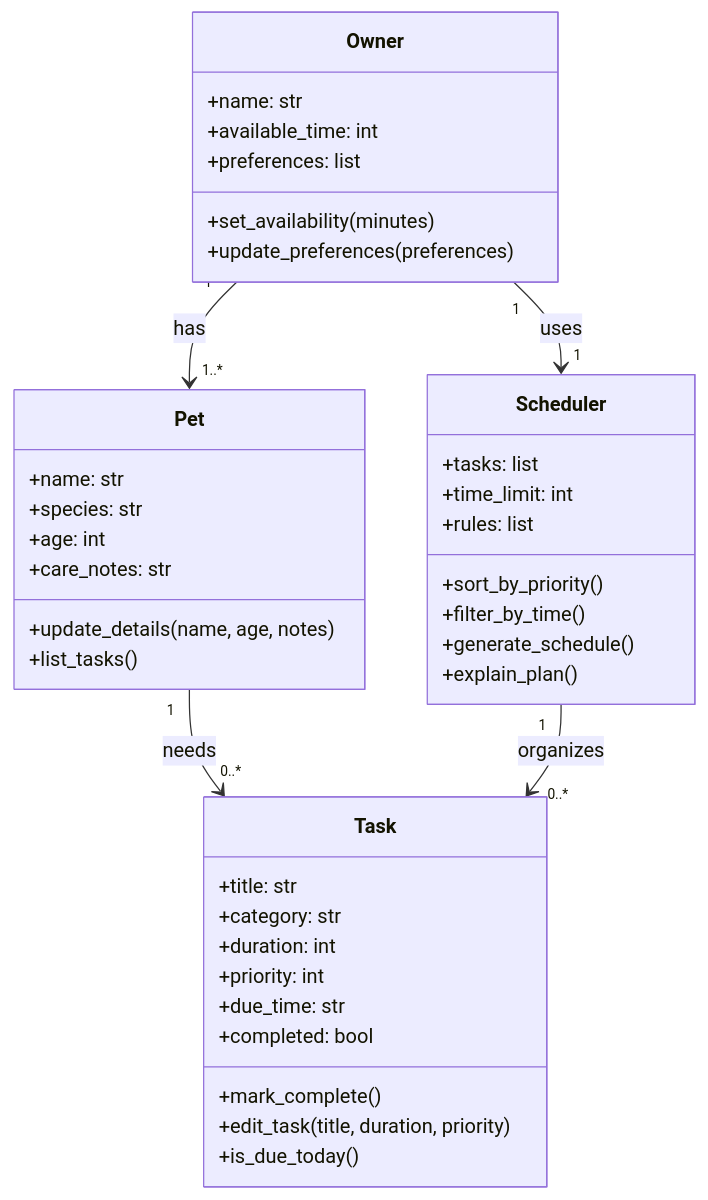
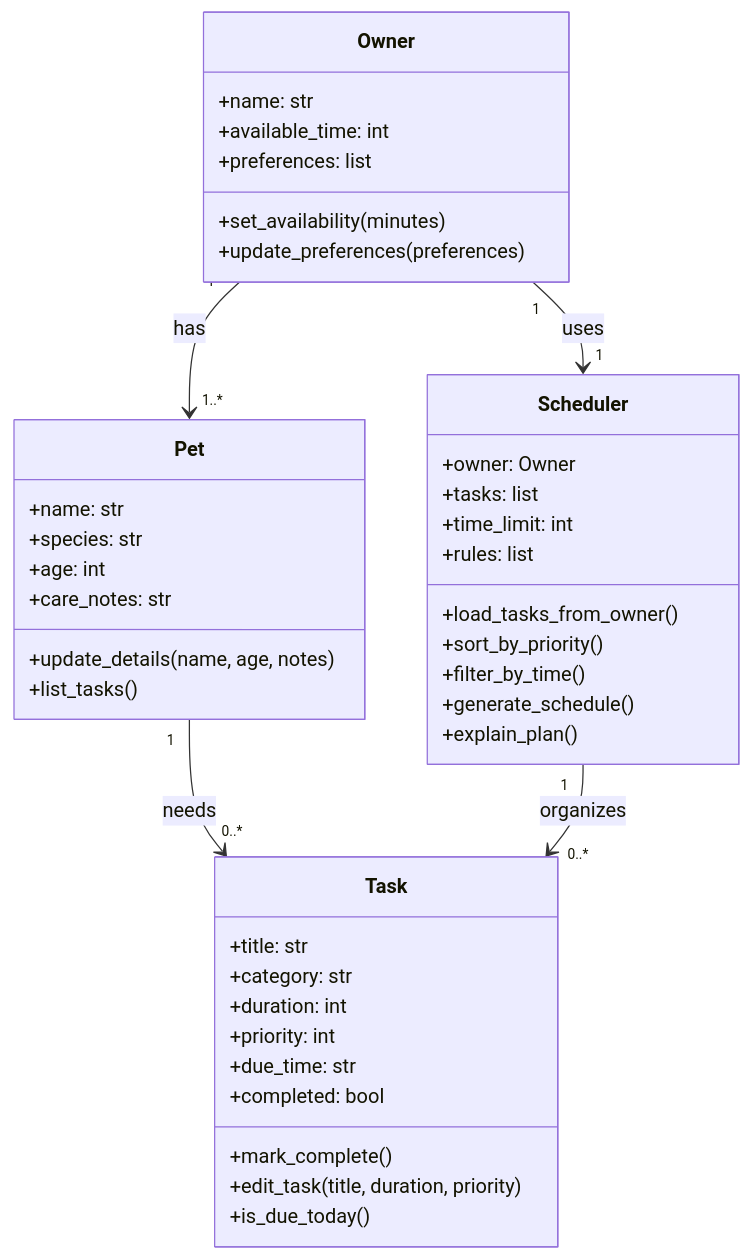
The diagram in reflection.md (LamVu22/ai110-module2show-pawpal-starter), drawn with Mermaid before and after one commit. The commit also changed other lines of this file and 3 other files, not shown here.

````diff
--- a/reflection.md
+++ b/reflection.md
@@ -16,46 +13,48 @@
 ```mermaid
 classDiagram
     class Owner {
         +name: str
         +available_time: int
         +preferences: list
         +set_availability(minutes)
         +update_preferences(preferences)
     }
 
     class Pet {
         +name: str
         +species: str
         +age: int
         +care_notes: str
         +update_details(name, age, notes)
         +list_tasks()
     }
 
     class Task {
         +title: str
         +category: str
         +duration: int
         +priority: int
         +due_time: str
         +completed: bool
         +mark_complete()
         +edit_task(title, duration, priority)
         +is_due_today()
     }
 
     class Scheduler {
+        +owner: Owner
         +tasks: list
         +time_limit: int
         +rules: list
+        +load_tasks_from_owner()
         +sort_by_priority()
         +filter_by_time()
         +generate_schedule()
         +explain_plan()
     }
 
     Owner "1" --> "1..*" Pet : has
     Pet "1" --> "0..*" Task : needs
     Owner "1" --> "1" Scheduler : uses
     Scheduler "1" --> "0..*" Task : organizes
 ```
````
